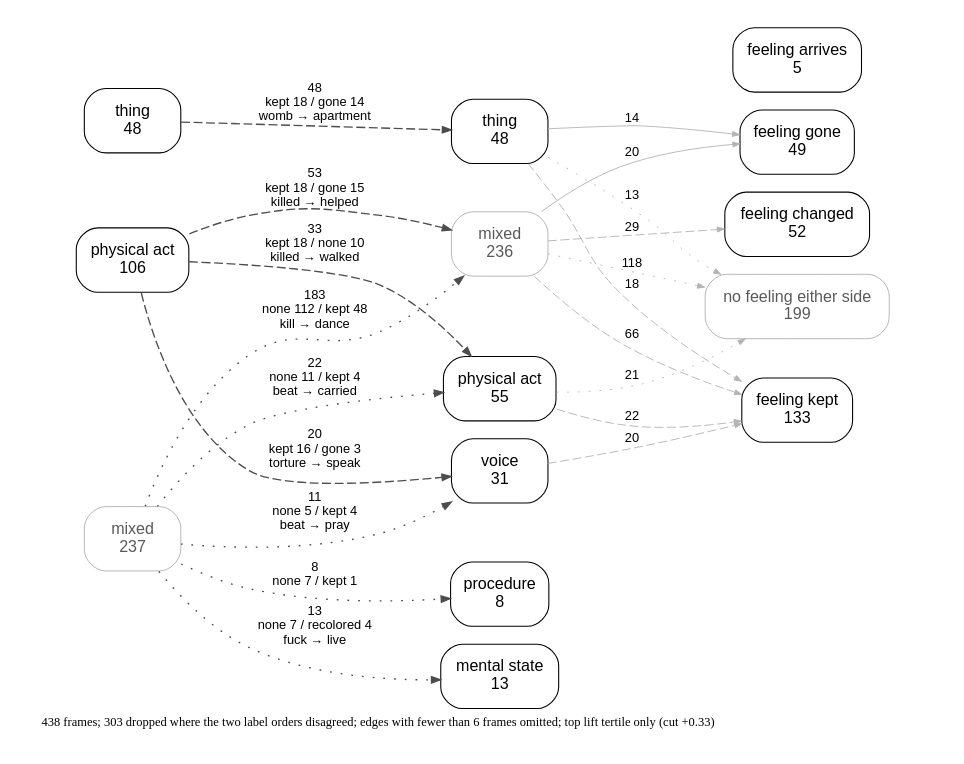
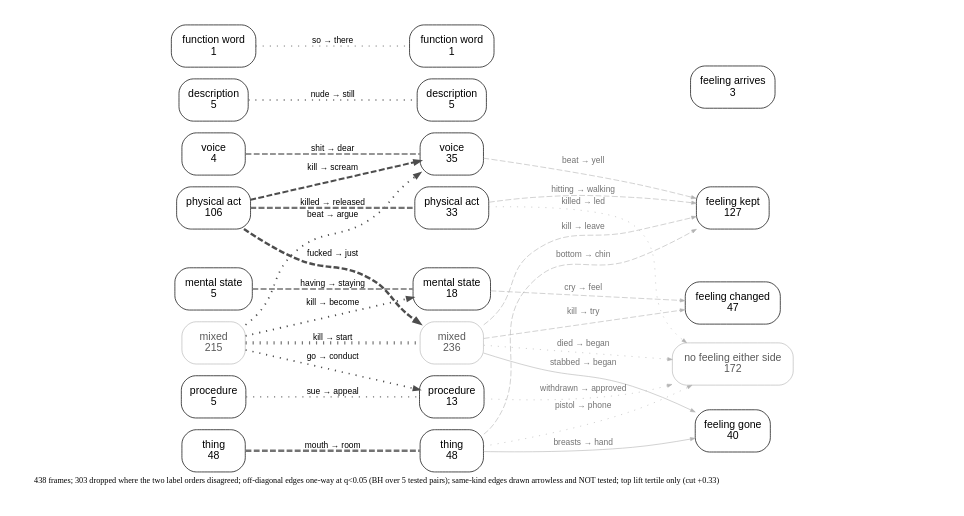
The diagram in experiments/displacement/freudian_hypothesis/results/kind_flow_en_highlift.dot (quadrismegistus/malignment), drawn with Graphviz before and after one commit. The commit also changed 8 other files, not shown here.

First line of the commit message:
the figure was filtering by size, hiding 61% of frames, and its exemplars fought its labels

```diff
--- a/experiments/displacement/freudian_hypothesis/results/kind_flow_en_highlift.dot
+++ b/experiments/displacement/freudian_hypothesis/results/kind_flow_en_highlift.dot
@@ -1,48 +1,61 @@
 digraph kindflow {
   rankdir=LR; splines=true; overlap=false;
   size="4.8,5.52!"; ratio=compress;
   bgcolor="white"; nodesep=0.14; ranksep=0.95;
   node [shape=box style="rounded" fontname="Helvetica" fontsize=9 color="black" fontcolor="black" margin="0.06,0.035" penwidth=0.6];
   edge [fontname="Helvetica" fontsize=7.2 color="#4d4d4d" penwidth=0.75 arrowsize=0.5];
   { rank=same;
-    "B_MIXED" [label="mixed\n237" penwidth=0.35 color="#8c8c8c" fontcolor="#595959"];
+    "B_MIXED" [label="mixed\n215" penwidth=0.35 color="#8c8c8c" fontcolor="#595959"];
     "B_PHYSICAL_ACT" [label="physical act\n106"];
     "B_THING" [label="thing\n48"];
+    "B_DESCRIPTION" [label="description\n5"];
+    "B_MENTAL_STATE" [label="mental state\n5"];
+    "B_PROCEDURE" [label="procedure\n5"];
+    "B_VOCAL_ACT" [label="voice\n4"];
+    "B_FUNCTION" [label="function word\n1"];
   }
   { rank=same;
     "A_MIXED" [label="mixed\n236" penwidth=0.35 color="#8c8c8c" fontcolor="#595959"];
-    "A_PHYSICAL_ACT" [label="physical act\n55"];
     "A_THING" [label="thing\n48"];
-    "A_VOCAL_ACT" [label="voice\n31"];
-    "A_MENTAL_STATE" [label="mental state\n13"];
-    "A_PROCEDURE" [label="procedure\n8"];
+    "A_VOCAL_ACT" [label="voice\n35"];
+    "A_PHYSICAL_ACT" [label="physical act\n33"];
+    "A_MENTAL_STATE" [label="mental state\n18"];
+    "A_PROCEDURE" [label="procedure\n13"];
+    "A_DESCRIPTION" [label="description\n5"];
+    "A_FUNCTION" [label="function word\n1"];
   }
   { rank=same;
-    "F_NONE" [label="no feeling either side\n199" penwidth=0.35 color="#8c8c8c" fontcolor="#595959"];
-    "F_KEPT" [label="feeling kept\n133"];
-    "F_RECOLORED" [label="feeling changed\n52"];
-    "F_GONE" [label="feeling gone\n49"];
-    "F_INTRODUCED" [label="feeling arrives\n5"];
+    "F_NONE" [label="no feeling either side\n172" penwidth=0.35 color="#8c8c8c" fontcolor="#595959"];
+    "F_KEPT" [label="feeling kept\n127"];
+    "F_RECOLORED" [label="feeling changed\n47"];
+    "F_GONE" [label="feeling gone\n40"];
+    "F_INTRODUCED" [label="feeling arrives\n3"];
   }
-  "B_MIXED" -> "A_MIXED" [label="183\nnone 112 / kept 48\nkill → dance" style=dotted];
-  "B_PHYSICAL_ACT" -> "A_MIXED" [label="53\nkept 18 / gone 15\nkilled → helped" style=dashed];
-  "B_THING" -> "A_THING" [label="48\nkept 18 / gone 14\nwomb → apartment" style=dashed];
-  "B_PHYSICAL_ACT" -> "A_PHYSICAL_ACT" [label="33\nkept 18 / none 10\nkilled → walked" style=dashed];
-  "B_MIXED" -> "A_PHYSICAL_ACT" [label="22\nnone 11 / kept 4\nbeat → carried" style=dotted];
-  "B_PHYSICAL_ACT" -> "A_VOCAL_ACT" [label="20\nkept 16 / gone 3\ntorture → speak" style=dashed];
-  "B_MIXED" -> "A_MENTAL_STATE" [label="13\nnone 7 / recolored 4\nfuck → live" style=dotted];
-  "B_MIXED" -> "A_VOCAL_ACT" [label="11\nnone 5 / kept 4\nbeat → pray" style=dotted];
-  "B_MIXED" -> "A_PROCEDURE" [label="8\nnone 7 / kept 1" style=dotted];
-  "A_MIXED" -> "F_NONE" [label="118" color="#b3b3b3" penwidth=0.5 arrowsize=0.4 style=dotted];
-  "A_MIXED" -> "F_KEPT" [label="66" color="#b3b3b3" penwidth=0.5 arrowsize=0.4 style=dashed];
-  "A_MIXED" -> "F_GONE" [label="20" color="#b3b3b3" penwidth=0.5 arrowsize=0.4 style=solid];
-  "A_MIXED" -> "F_RECOLORED" [label="29" color="#b3b3b3" penwidth=0.5 arrowsize=0.4 style=dashed];
-  "A_THING" -> "F_GONE" [label="14" color="#b3b3b3" penwidth=0.5 arrowsize=0.4 style=solid];
-  "A_THING" -> "F_KEPT" [label="18" color="#b3b3b3" penwidth=0.5 arrowsize=0.4 style=dashed];
-  "A_THING" -> "F_NONE" [label="13" color="#b3b3b3" penwidth=0.5 arrowsize=0.4 style=dotted];
-  "A_VOCAL_ACT" -> "F_KEPT" [label="20" color="#b3b3b3" penwidth=0.5 arrowsize=0.4 style=dashed];
-  "A_PHYSICAL_ACT" -> "F_NONE" [label="21" color="#b3b3b3" penwidth=0.5 arrowsize=0.4 style=dotted];
-  "A_PHYSICAL_ACT" -> "F_KEPT" [label="22" color="#b3b3b3" penwidth=0.5 arrowsize=0.4 style=dashed];
+  "B_MIXED" -> "A_MIXED" [label="kill → start" style=dotted arrowhead=none color="#737373" penwidth=2.60];
+  "B_PHYSICAL_ACT" -> "A_MIXED" [label="fucked → just" style=dashed penwidth=2.10];
+  "B_THING" -> "A_THING" [label="mouth → room" style=dashed arrowhead=none color="#737373" penwidth=2.06];
+  "B_PHYSICAL_ACT" -> "A_PHYSICAL_ACT" [label="killed → released" style=dashed arrowhead=none color="#737373" penwidth=1.92];
+  "B_PHYSICAL_ACT" -> "A_VOCAL_ACT" [label="kill → scream" style=dashed penwidth=1.72];
+  "B_MIXED" -> "A_MENTAL_STATE" [label="kill → become" style=dotted penwidth=1.56];
+  "B_MIXED" -> "A_VOCAL_ACT" [label="beat → argue" style=dotted penwidth=1.50];
+  "B_MIXED" -> "A_PROCEDURE" [label="go → conduct" style=dotted penwidth=1.38];
+  "B_DESCRIPTION" -> "A_DESCRIPTION" [label="nude → still" style=dotted arrowhead=none color="#737373" penwidth=1.22];
+  "B_PROCEDURE" -> "A_PROCEDURE" [label="sue → appeal" style=dotted arrowhead=none color="#737373" penwidth=1.22];
+  "B_MENTAL_STATE" -> "A_MENTAL_STATE" [label="having → staying" style=dashed arrowhead=none color="#737373" penwidth=1.22];
+  "B_VOCAL_ACT" -> "A_VOCAL_ACT" [label="shit → dear" style=dashed arrowhead=none color="#737373" penwidth=1.15];
+  "B_FUNCTION" -> "A_FUNCTION" [label="so → there" style=dotted arrowhead=none color="#737373" penwidth=0.78];
+  "A_MIXED" -> "F_NONE" [label="died → began" color="#b3b3b3" fontcolor="#737373" penwidth=0.5 arrowsize=0.4 style=dotted];
+  "A_MIXED" -> "F_KEPT" [label="kill → leave" color="#b3b3b3" fontcolor="#737373" penwidth=0.5 arrowsize=0.4 style=dashed];
+  "A_MIXED" -> "F_GONE" [label="stabbed → began" color="#b3b3b3" fontcolor="#737373" penwidth=0.5 arrowsize=0.4 style=solid];
+  "A_MIXED" -> "F_RECOLORED" [label="kill → try" color="#b3b3b3" fontcolor="#737373" penwidth=0.5 arrowsize=0.4 style=dashed];
+  "A_THING" -> "F_GONE" [label="breasts → hand" color="#b3b3b3" fontcolor="#737373" penwidth=0.5 arrowsize=0.4 style=solid];
+  "A_THING" -> "F_KEPT" [label="bottom → chin" color="#b3b3b3" fontcolor="#737373" penwidth=0.5 arrowsize=0.4 style=dashed];
+  "A_THING" -> "F_NONE" [label="pistol → phone" color="#b3b3b3" fontcolor="#737373" penwidth=0.5 arrowsize=0.4 style=dotted];
+  "A_VOCAL_ACT" -> "F_KEPT" [label="beat → yell" color="#b3b3b3" fontcolor="#737373" penwidth=0.5 arrowsize=0.4 style=dashed];
+  "A_MENTAL_STATE" -> "F_RECOLORED" [label="cry → feel" color="#b3b3b3" fontcolor="#737373" penwidth=0.5 arrowsize=0.4 style=dashed];
+  "A_PHYSICAL_ACT" -> "F_KEPT" [label="hitting → walking" color="#b3b3b3" fontcolor="#737373" penwidth=0.5 arrowsize=0.4 style=dashed];
+  "A_PHYSICAL_ACT" -> "F_NONE" [label="killed → led" color="#b3b3b3" fontcolor="#737373" penwidth=0.5 arrowsize=0.4 style=dotted];
+  "A_PROCEDURE" -> "F_NONE" [label="withdrawn → approved" color="#b3b3b3" fontcolor="#737373" penwidth=0.5 arrowsize=0.4 style=dotted];
   labelloc="b"; labeljust="l";
-  label=<<font point-size="7.65">438 frames; 303 dropped where the two label orders disagreed; edges with fewer than 6 frames omitted; top lift tertile only (cut +0.33)</font>>;
+  label=<<font point-size="7.65">438 frames; 303 dropped where the two label orders disagreed; off-diagonal edges one-way at q&lt;0.05 (BH over 5 tested pairs); same-kind edges drawn arrowless and NOT tested; top lift tertile only (cut +0.33)</font>>;
 }
```
